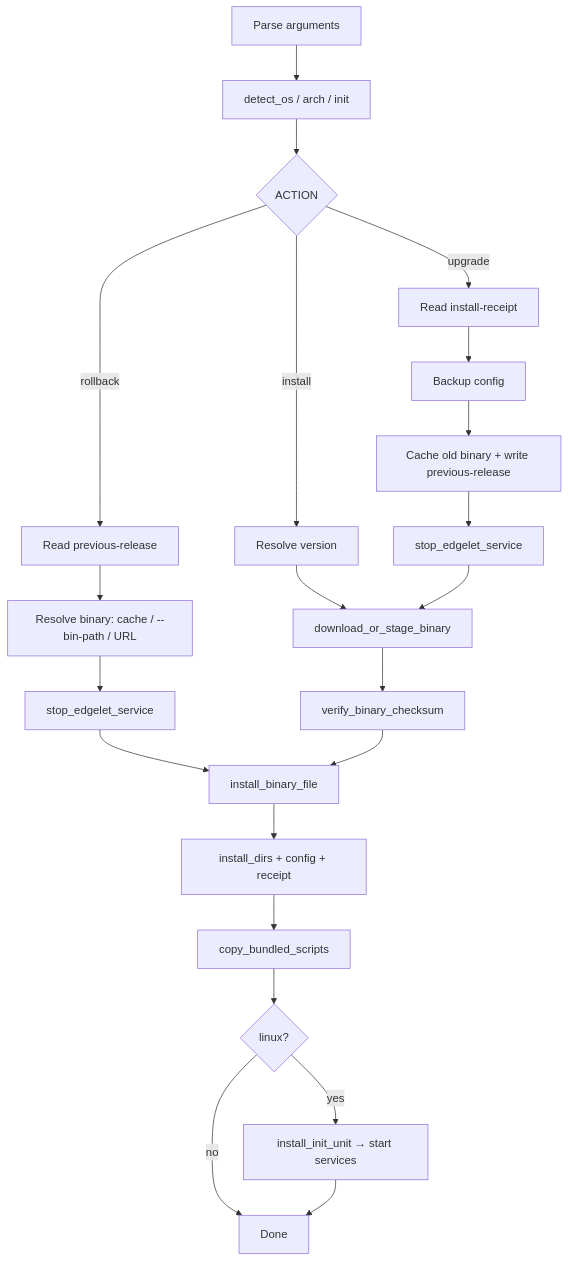
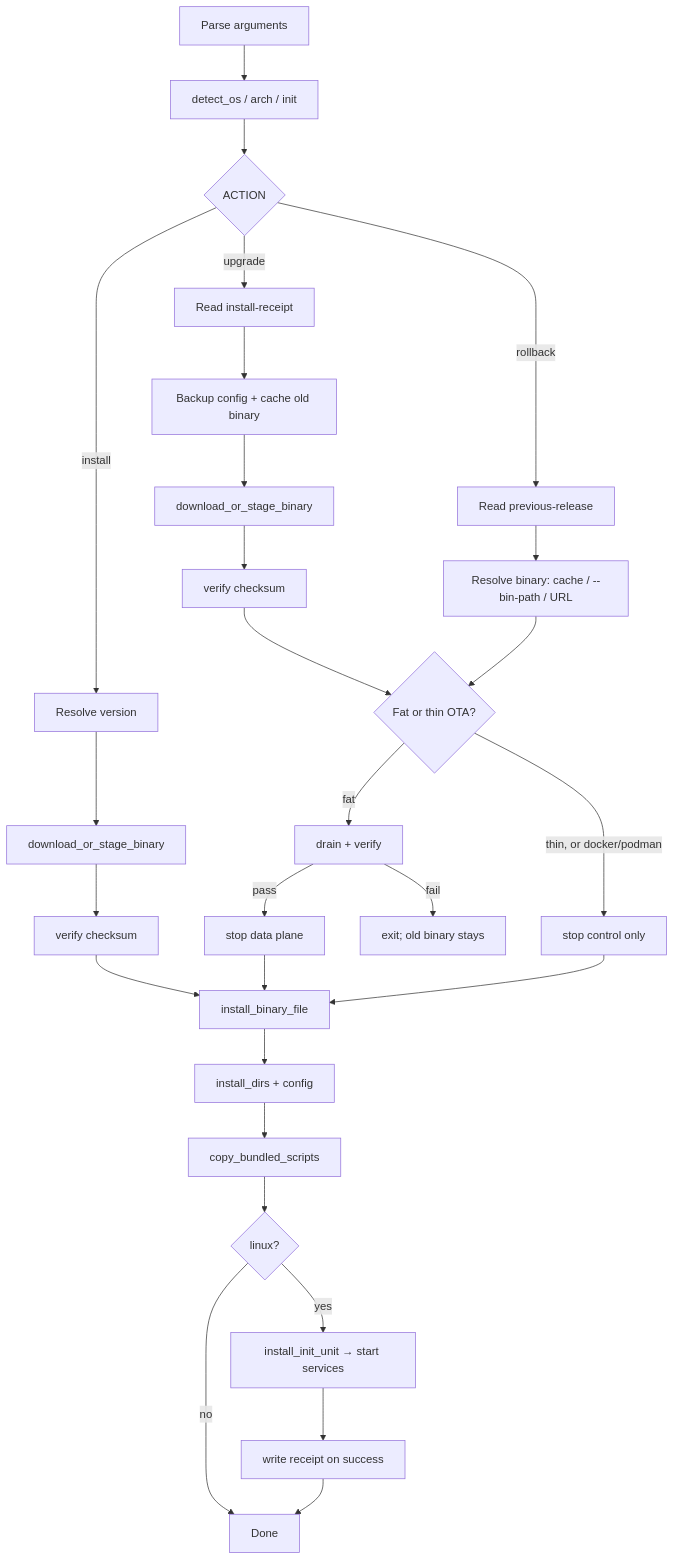
The first of 2 diagrams in docs/edgelet/installation.md (Datasance/edgelet), drawn with Mermaid before and after one commit. The commit also changed other lines of this file and 6 other files, not shown here.

Commit message:
Document fat and thin upgrades, drain-before-stop, and how to recover a leftover volume lock.

````diff
--- a/docs/edgelet/installation.md
+++ b/docs/edgelet/installation.md
@@ -182,24 +182,30 @@
 ```mermaid
 flowchart TD
   A[Parse arguments] --> B[detect_os / arch / init]
   B --> C{ACTION}
   C -->|install| F[Resolve version]
   C -->|upgrade| U[Read install-receipt]
   C -->|rollback| R[Read previous-release]
   F --> D[download_or_stage_binary]
-  U --> U1[Backup config]
-  U1 --> U2[Cache old binary + write previous-release]
-  U2 --> U3[stop_edgelet_service]
-  U3 --> D
+  D --> VF[verify checksum]
+  VF --> IB[install_binary_file]
+  U --> U1[Backup config + cache old binary]
+  U1 --> UD[download_or_stage_binary]
+  UD --> V[verify checksum]
+  V --> RB{Fat or thin OTA?}
   R --> R1[Resolve binary: cache / --bin-path / URL]
-  R1 --> R2[stop_edgelet_service]
-  R2 --> IB[install_binary_file]
-  D --> V[verify_binary_checksum]
-  V --> IB
-  IB --> ID[install_dirs + config + receipt]
+  R1 --> RB
+  RB -->|fat| Q[drain + verify]
+  Q -->|pass| SDP[stop data plane]
+  SDP --> IB
+  Q -->|fail| ABORT[exit; old binary stays]
+  RB -->|thin, or docker/podman| SC[stop control only]
+  SC --> IB
+  IB --> ID[install_dirs + config]
   ID --> BS[copy_bundled_scripts]
   BS --> IU{linux?}
   IU -->|yes| INIT[install_init_unit → start services]
   IU -->|no| DONE[Done]
-  INIT --> DONE
+  INIT --> REC[write receipt on success]
+  REC --> DONE
 ```
````
